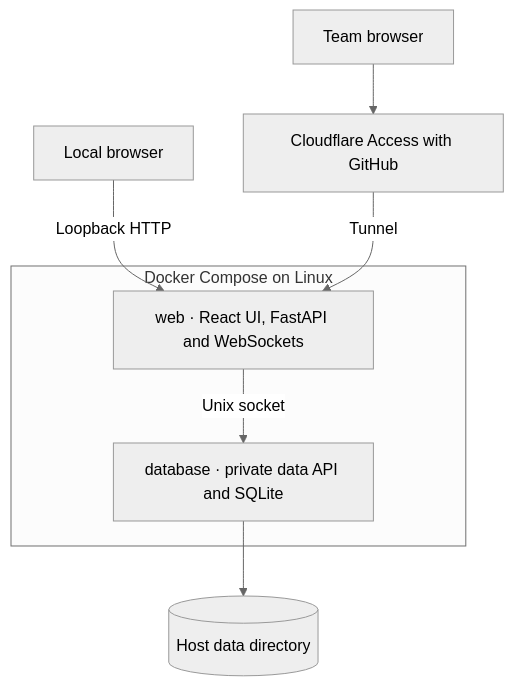
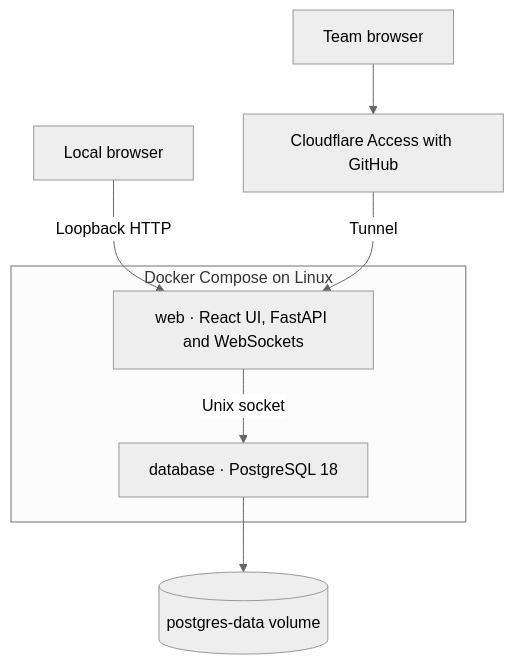
One commit to Mistin1885/flow-canvas-studio changed the diagram in README.md. Above: the diagram before and after it, drawn with Mermaid (neutral theme). The commit also changed other lines of this file and 45 other files, not shown here.

Commit message:
feat(storage): migrate collaborative canvases to PostgreSQL

````diff
--- a/README.md
+++ b/README.md
@@ -33,12 +33,12 @@
 ```mermaid
 flowchart TD
     local["Local browser"] -->|Loopback HTTP| web
     team["Team browser"] --> access["Cloudflare Access with GitHub"]
     access -->|Tunnel| web
     subgraph compose["Docker Compose on Linux"]
         web["web · React UI, FastAPI and WebSockets"]
-        db["database · private data API and SQLite"]
+        db["database · PostgreSQL 18"]
         web -->|Unix socket| db
     end
-    db --> files[("Host data directory")]
+    db --> files[("postgres-data volume")]
 ```
````
